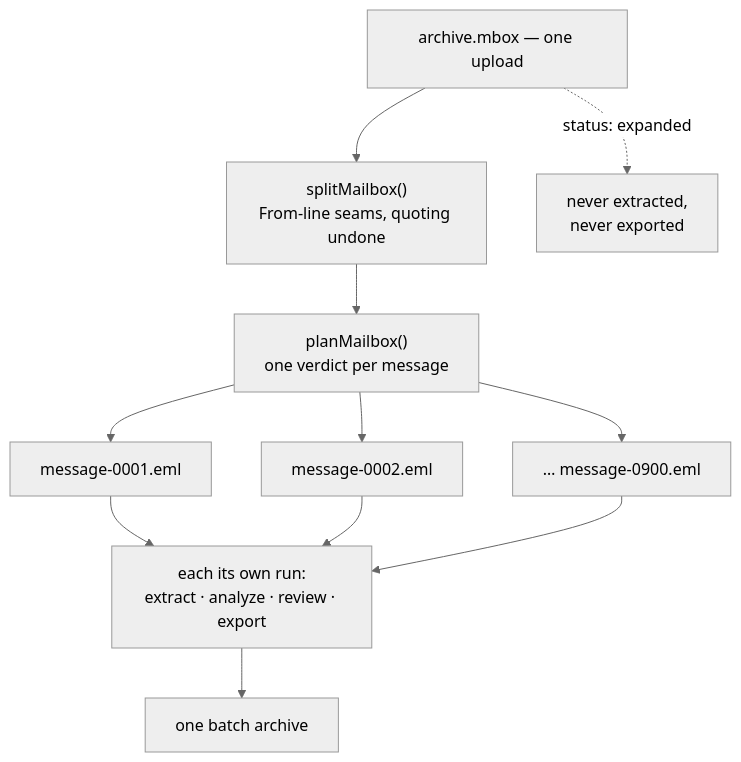
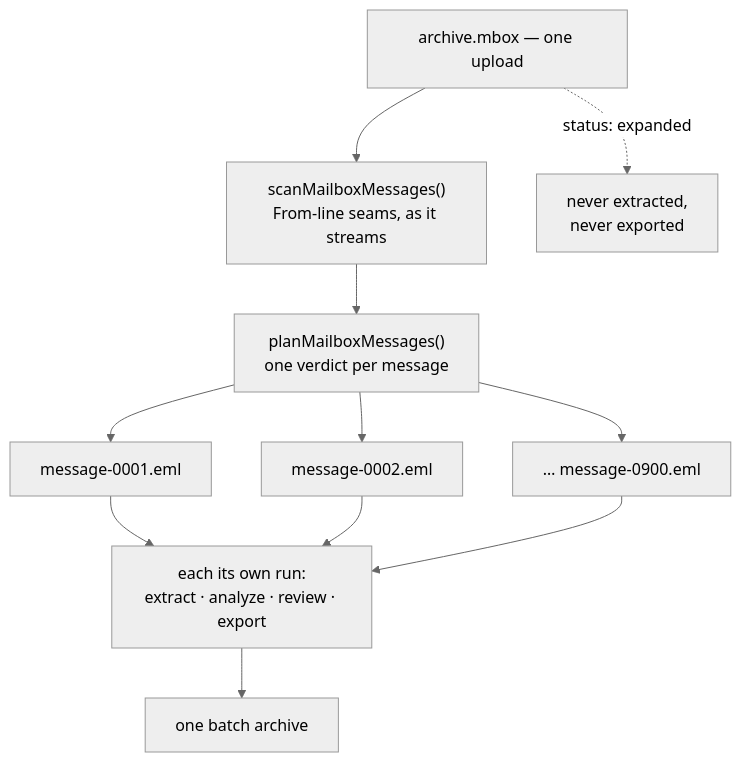
Before and after one commit to Anonify-v2-0/Anonify2.0: the second of 2 diagrams in docs/pipelines.md, drawn with Mermaid (neutral theme). The commit also changed other lines of this file and 50 other files, not shown here.

````diff
--- a/docs/pipelines.md
+++ b/docs/pipelines.md
@@ -709,13 +709,13 @@
 ```mermaid
 flowchart TB
-    MBOX["archive.mbox — one upload"] --> SPLIT["splitMailbox()<br/>From-line seams, quoting undone"]
-    SPLIT --> PLAN["planMailbox()<br/>one verdict per message"]
+    MBOX["archive.mbox — one upload"] --> SPLIT["scanMailboxMessages()<br/>From-line seams, as it streams"]
+    SPLIT --> PLAN["planMailboxMessages()<br/>one verdict per message"]
     PLAN --> C1["message-0001.eml"]
     PLAN --> C2["message-0002.eml"]
     PLAN --> CN["… message-0900.eml"]
     C1 --> RUN["each its own run:<br/>extract · analyze · review · export"]
     C2 --> RUN
     CN --> RUN
     MBOX -.->|status: expanded| DONE["never extracted,<br/>never exported"]
     RUN --> ARCHIVE["one batch archive"]
 ```
````
